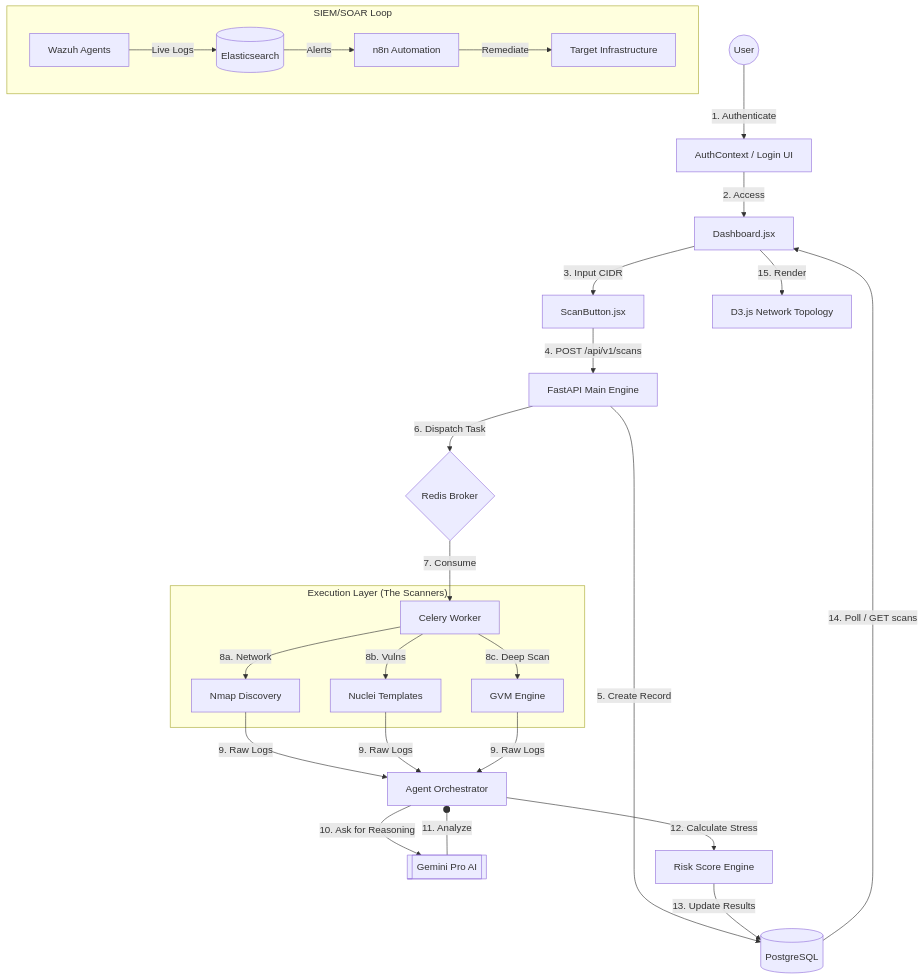
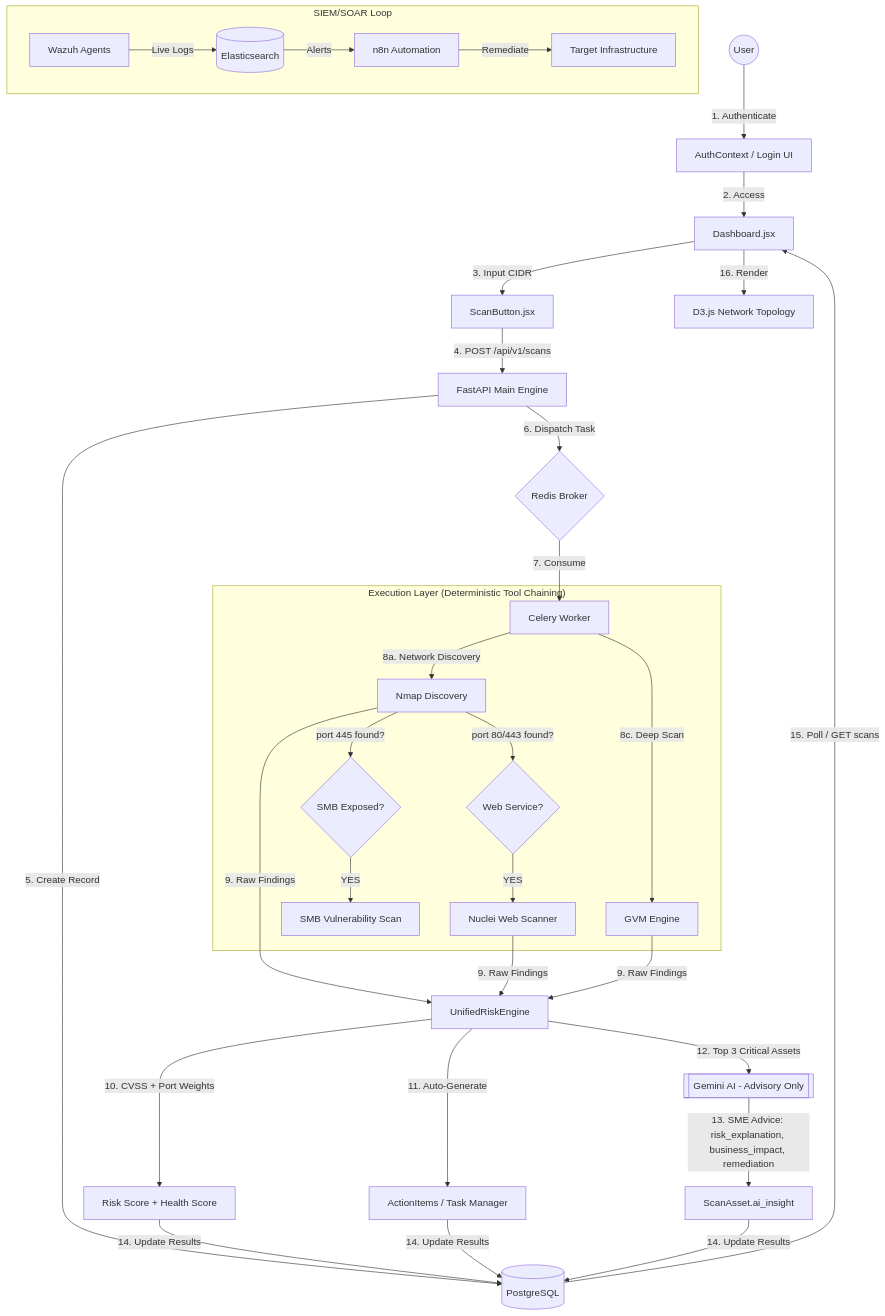
The diagram in PROJECT_WORKFLOW_PRESENTATION.md (MazenAlaa305/ORCHESTRATION-SECURITY-CENTER), drawn with Mermaid before and after one commit. The commit also changed other lines of this file and 10 other files, not shown here.

First line of the commit message:
feat: deterministic orchestration + UnifiedRiskEngine + AI advisory refactor

````diff
--- a/PROJECT_WORKFLOW_PRESENTATION.md
+++ b/PROJECT_WORKFLOW_PRESENTATION.md
@@ -6,39 +6,44 @@
 ```mermaid
 graph TD
     %% User Interaction Layer
     User((User)) -->|1. Authenticate| Login[AuthContext / Login UI]
     Login -->|2. Access| Dash[Dashboard.jsx]
     Dash -->|3. Input CIDR| ScanBtn[ScanButton.jsx]
 
     %% API & Backend Orchestration
     ScanBtn -->|4. POST /api/v1/scans| FastAPI[FastAPI Main Engine]
     FastAPI -->|5. Create Record| DB[(PostgreSQL)]
     FastAPI -->|6. Dispatch Task| Redis{Redis Broker}
     Redis -->|7. Consume| Worker[Celery Worker]
 
-    %% Security Execution Layer (Parallel Scans)
-    subgraph "Execution Layer (The Scanners)"
-        Worker -->|8a. Network| Nmap[Nmap Discovery]
-        Worker -->|8b. Vulns| Nuclei[Nuclei Templates]
+    %% Security Execution Layer (Deterministic Chaining)
+    subgraph "Execution Layer (Deterministic Tool Chaining)"
+        Worker -->|8a. Network Discovery| Nmap[Nmap Discovery]
+        Nmap -->|port 80/443 found?| WebCheck{Web Service?}
+        WebCheck -->|YES| Nuclei[Nuclei Web Scanner]
+        Nmap -->|port 445 found?| SMBCheck{SMB Exposed?}
+        SMBCheck -->|YES| SMBScan[SMB Vulnerability Scan]
         Worker -->|8c. Deep Scan| OpenVAS[GVM Engine]
     end
 
-    %% Data Synthesis and AI Reasoning
-    Nmap & Nuclei & OpenVAS -->|9. Raw Logs| Orchestrator[Agent Orchestrator]
-    Orchestrator -->|10. Ask for Reasoning| Gemini[[Gemini Pro AI]]
-    Gemini --o|11. Analyze| Orchestrator
-    
-    Orchestrator -->|12. Calculate Stress| RiskEngine[Risk Score Engine]
-    
+    %% Deterministic Risk & Task Engine
+    Nmap & Nuclei & OpenVAS -->|9. Raw Findings| RiskEngine[UnifiedRiskEngine]
+    RiskEngine -->|10. CVSS + Port Weights| Scores[Risk Score + Health Score]
+    RiskEngine -->|11. Auto-Generate| Tasks[ActionItems / Task Manager]
+
+    %% AI Advisory Only
+    RiskEngine -->|12. Top 3 Critical Assets| Gemini[[Gemini AI - Advisory Only]]
+    Gemini -->|13. SME Advice: risk_explanation, business_impact, remediation| AssetDB[ScanAsset.ai_insight]
+
     %% Storage & UI Update
-    RiskEngine -->|13. Update Results| DB
-    DB -->|14. Poll / GET scans| Dash
-    Dash -->|15. Render| Topology[D3.js Network Topology]
+    Scores & Tasks & AssetDB -->|14. Update Results| DB
+    DB -->|15. Poll / GET scans| Dash
+    Dash -->|16. Render| Topology[D3.js Network Topology]
 
     %% Real-time Monitoring & SOAR
     subgraph "SIEM/SOAR Loop"
         Sensors[Wazuh Agents] -->|Live Logs| ES[(Elasticsearch)]
         ES -->|Alerts| SOAR[n8n Automation]
         SOAR -->|Remediate| Nodes[Target Infrastructure]
     end
 ```
````
